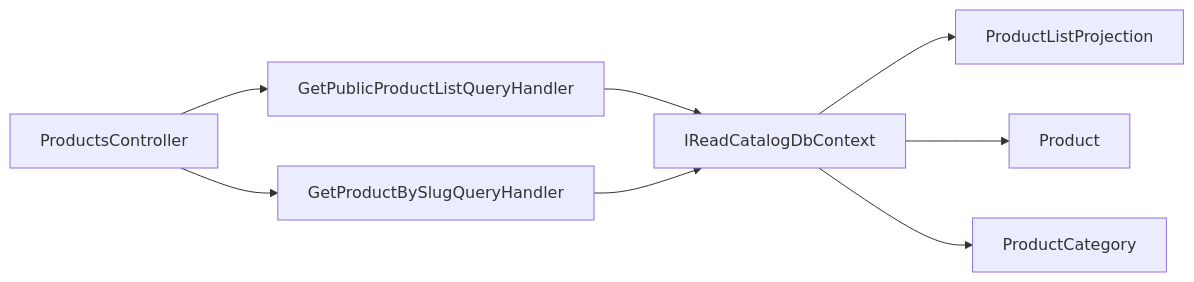
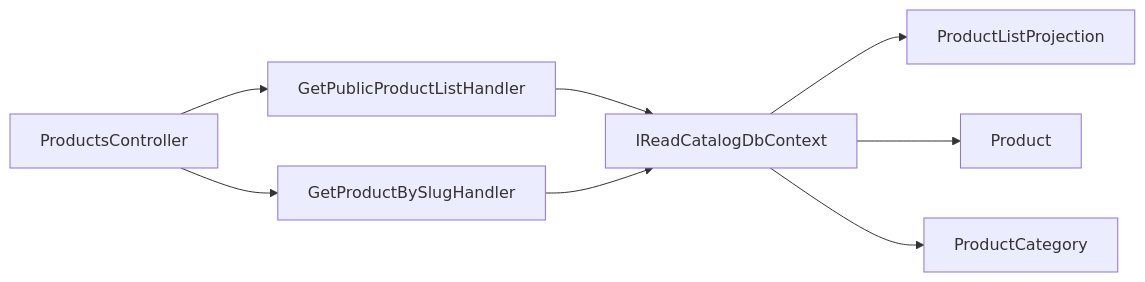
One commit to Weretik/KedrStore changed the diagram in docs/sdd/features/catalog/public-products.md. Above: the diagram before and after it, drawn with Mermaid. The commit also changed other lines of this file and 963 other files, not shown here.

````diff
--- a/docs/sdd/features/catalog/public-products.md
+++ b/docs/sdd/features/catalog/public-products.md
@@ -36,10 +36,10 @@
 ```mermaid
 flowchart LR
-    A["ProductsController"] --> B["GetPublicProductListQueryHandler"]
-    A --> C["GetProductBySlugQueryHandler"]
+    A["ProductsController"] --> B["GetPublicProductListHandler"]
+    A --> C["GetProductBySlugHandler"]
     B --> D["IReadCatalogDbContext"]
     C --> D
     D --> E["ProductListProjection"]
     D --> F["Product"]
     D --> G["ProductCategory"]
 ```
````
